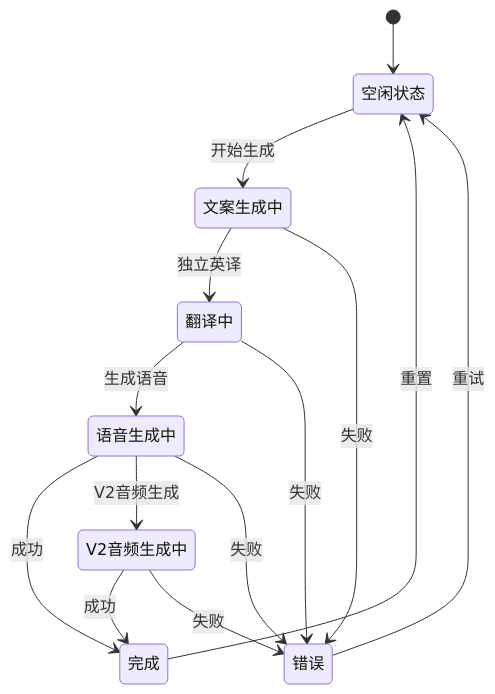
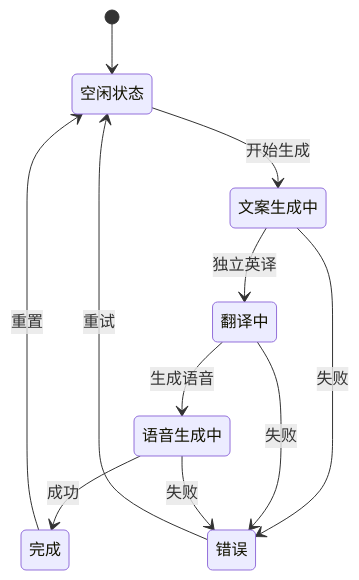
Before and after one commit to hanksd769-droid/sailshub: the second of 8 diagrams in .qoder/repowiki/zh/content/Product Copy Page.md, drawn with Mermaid. The commit also changed other lines of this file and 4 other files, not shown here.

````diff
--- a/.qoder/repowiki/zh/content/Product Copy Page.md
+++ b/.qoder/repowiki/zh/content/Product Copy Page.md
@@ -110,16 +107,13 @@
 ```mermaid
 stateDiagram-v2
 [*] --> 空闲状态
 空闲状态 --> 文案生成中 : 开始生成
 文案生成中 --> 翻译中 : 独立英译
 翻译中 --> 语音生成中 : 生成语音
 语音生成中 --> 完成 : 成功
-语音生成中 --> V2音频生成中 : V2音频生成
-V2音频生成中 --> 完成 : 成功
 文案生成中 --> 错误 : 失败
 翻译中 --> 错误 : 失败
 语音生成中 --> 错误 : 失败
-V2音频生成中 --> 错误 : 失败
 错误 --> 空闲状态 : 重试
 完成 --> 空闲状态 : 重置
 ```
````
